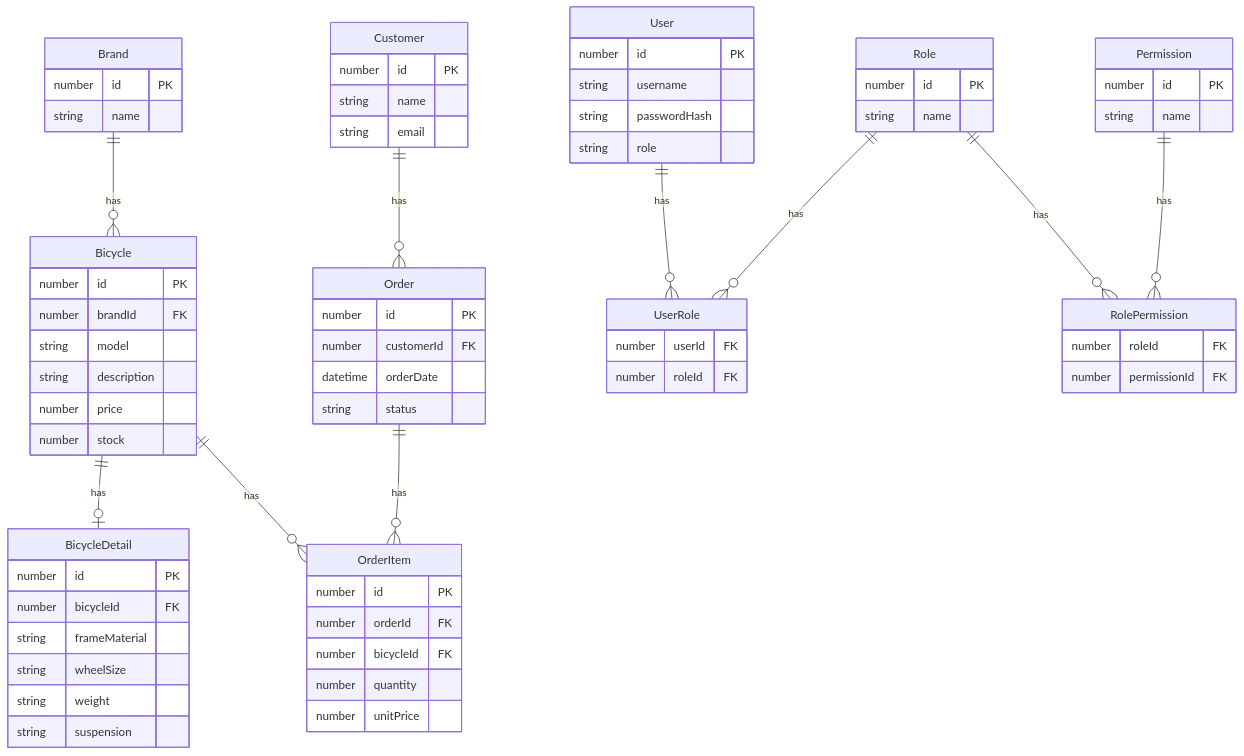
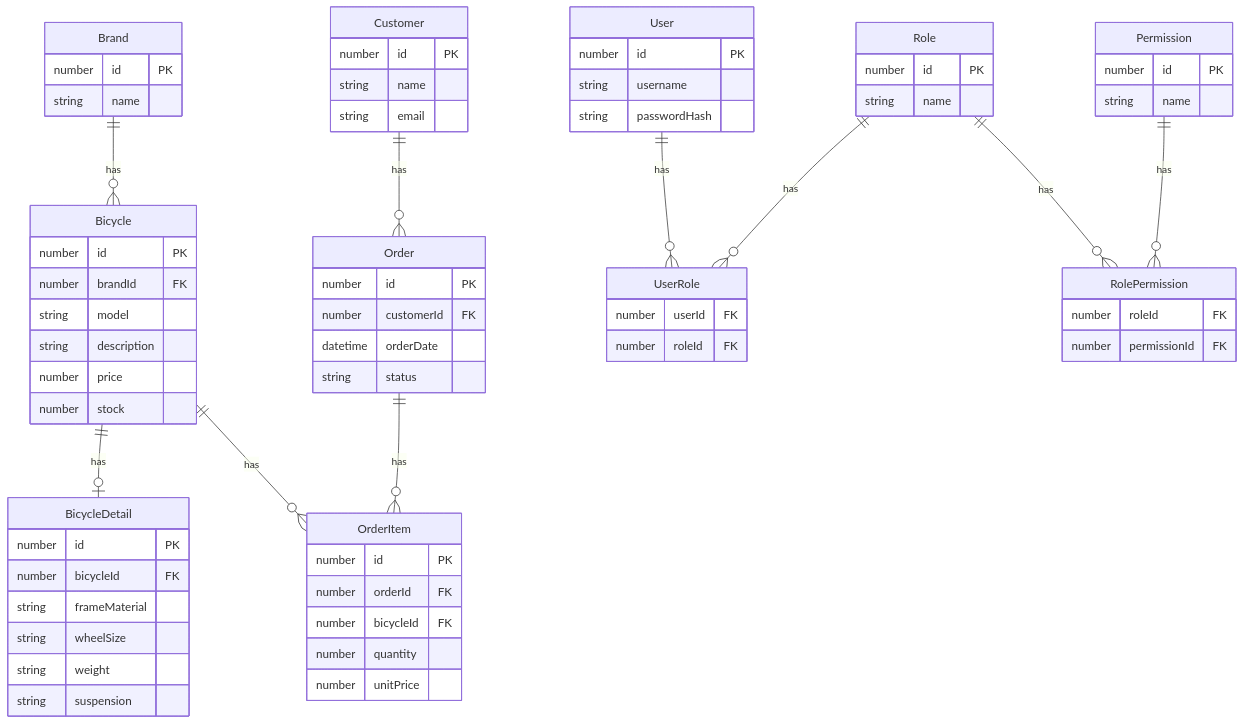
The diagram in README.md (tcrurav/TypeScript-Express-Sequelize-Associations_and_Queries-Example), drawn with Mermaid before and after one commit. The commit also changed 1 other file, not shown here.

Commit message:
fix: README.md. Still changes pending. Look for field role in User

```diff
--- a/README.md
+++ b/README.md
@@ -139,7 +139,6 @@
         number id PK
         string username
         string passwordHash
-        string role
     }
 
     Role {
```
